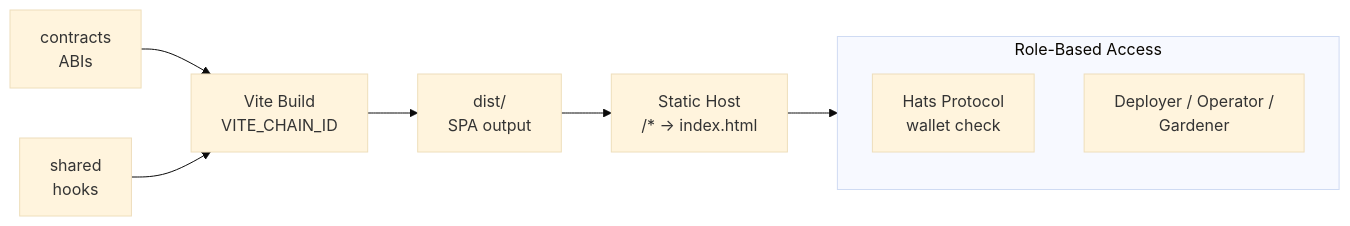
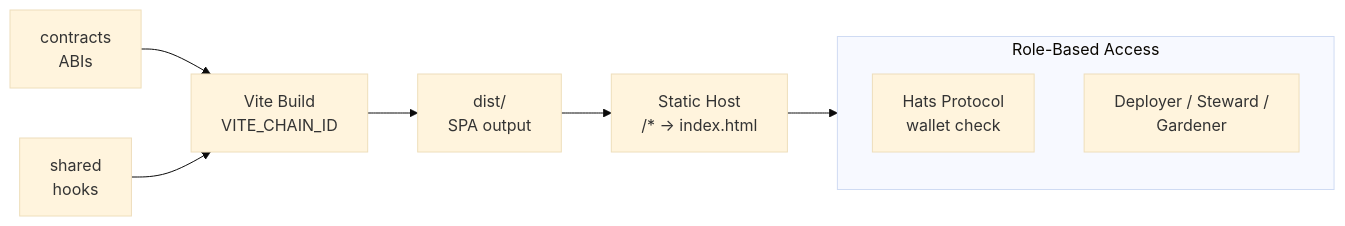
The diagram in docs/docs/builders/deployments/admin-deploy.mdx (greenpill-dev-guild/green-goods), drawn with Mermaid (base theme) before and after one commit. The commit also changed other lines of this file and 447 other files, not shown here.

````diff
--- a/docs/docs/builders/deployments/admin-deploy.mdx
+++ b/docs/docs/builders/deployments/admin-deploy.mdx
@@ -24,15 +24,15 @@
 ```mermaid
 graph LR
     Contracts["contracts\nABIs"] --> Build
     Shared["shared\nhooks"] --> Build
 
     Build["Vite Build\nVITE_CHAIN_ID"] --> Dist["dist/\nSPA output"]
     Dist --> Host["Static Host\n/* → index.html"]
 
     subgraph Access["Role-Based Access"]
         Hats["Hats Protocol\nwallet check"]
-        Roles["Deployer / Operator /\nGardener"]
+        Roles["Deployer / Steward /\nGardener"]
     end
 
     Host --> Access
 ```
````
